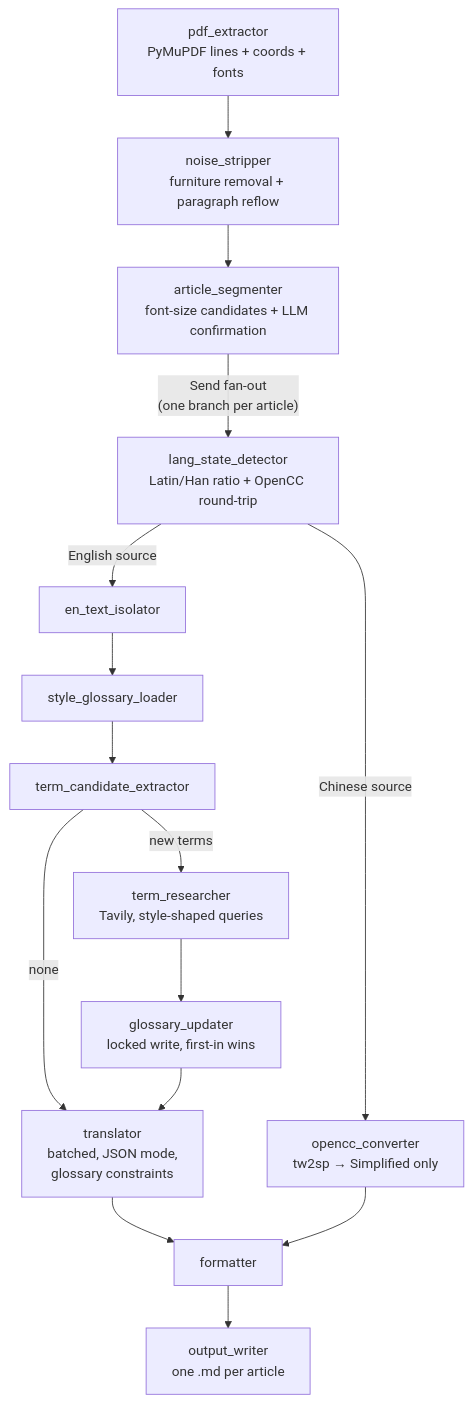
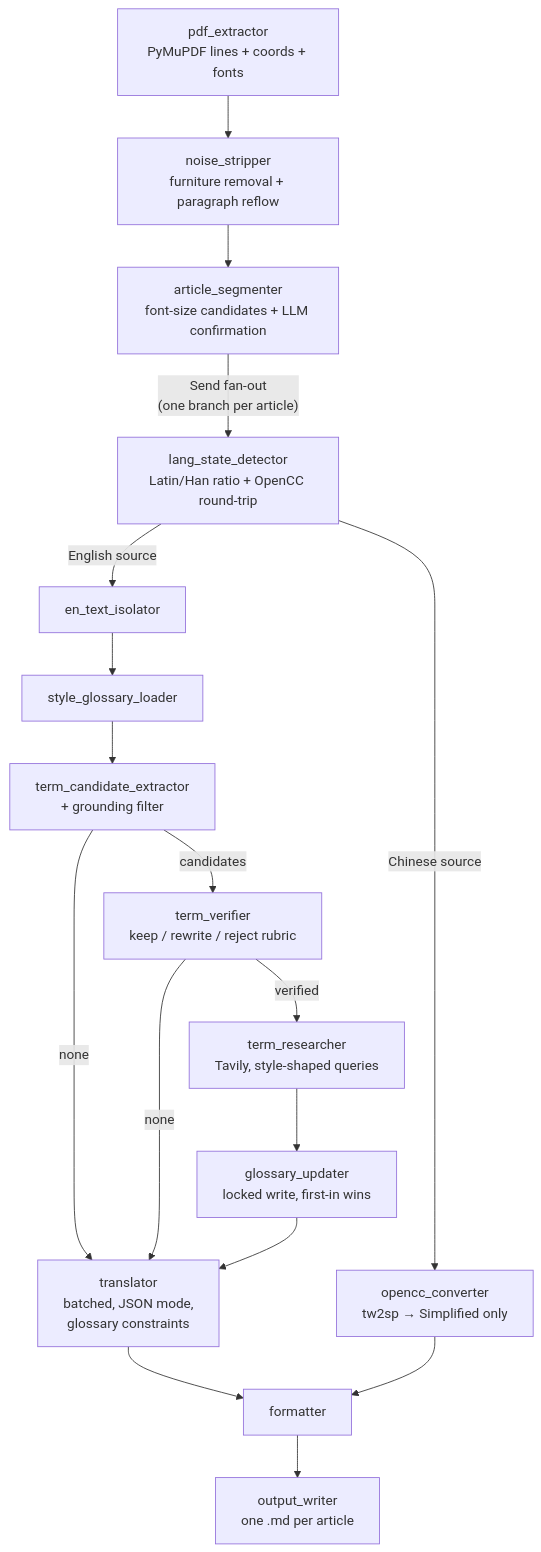
One commit to elenskye/pub2md-agent changed the diagram in README.md. Above: the diagram before and after it, drawn with Mermaid. The commit also changed other lines of this file and 11 other files, not shown here.

````diff
--- a/README.md
+++ b/README.md
@@ -29,17 +29,19 @@
 ```mermaid
 flowchart TD
     A[pdf_extractor<br/>PyMuPDF lines + coords + fonts] --> B[noise_stripper<br/>furniture removal + paragraph reflow]
     B --> C[article_segmenter<br/>font-size candidates + LLM confirmation]
     C -- "Send fan-out<br/>(one branch per article)" --> D[lang_state_detector<br/>Latin/Han ratio + OpenCC round-trip]
     D -- English source --> E[en_text_isolator]
     E --> F[style_glossary_loader]
-    F --> G[term_candidate_extractor]
-    G -- new terms --> H[term_researcher<br/>Tavily, style-shaped queries]
+    F --> G[term_candidate_extractor<br/>+ grounding filter]
+    G -- candidates --> V[term_verifier<br/>keep / rewrite / reject rubric]
+    V -- verified --> H[term_researcher<br/>Tavily, style-shaped queries]
     H --> I[glossary_updater<br/>locked write, first-in wins]
     G -- none --> J[translator<br/>batched, JSON mode,<br/>glossary constraints]
+    V -- none --> J
     I --> J
     D -- Chinese source --> K[opencc_converter<br/>tw2sp → Simplified only]
     J --> L[formatter]
     K --> L
     L --> M[output_writer<br/>one .md per article]
 ```
````
